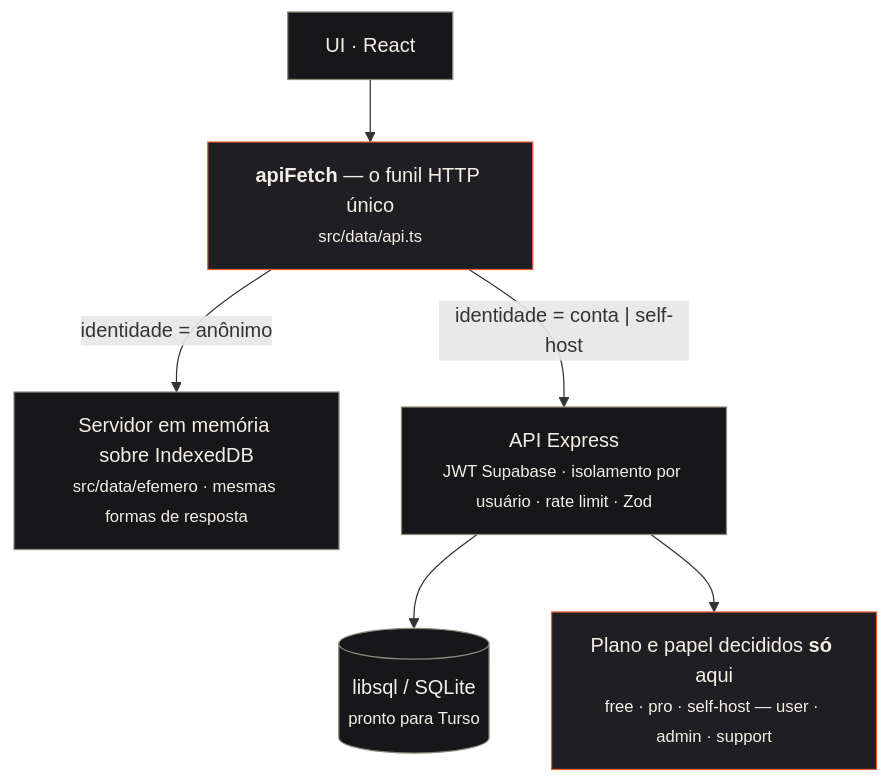
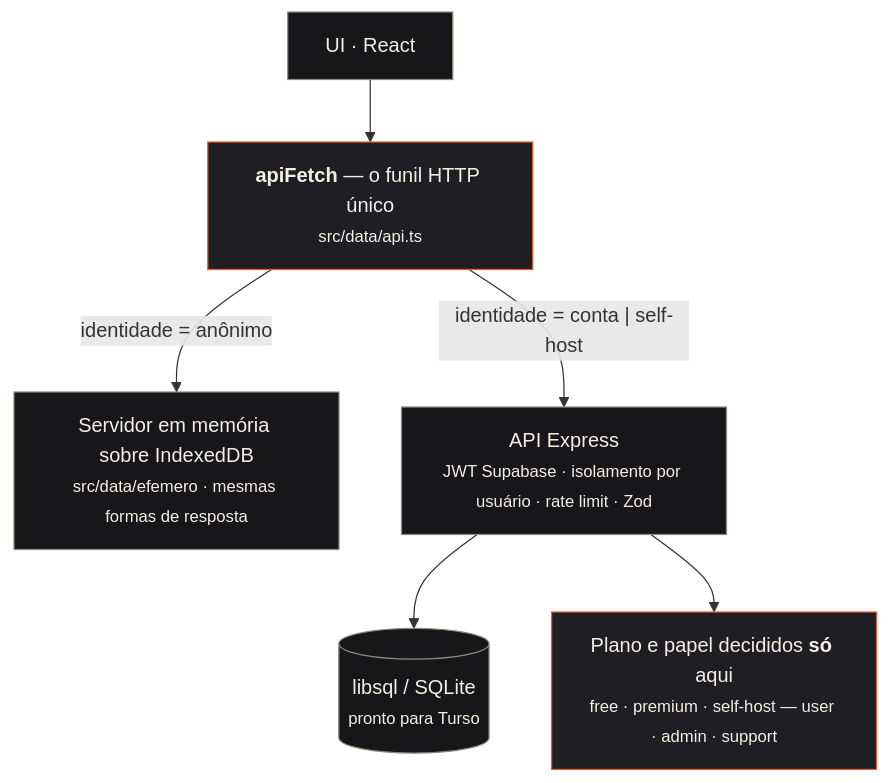
Before and after one commit to GuilhermeLVL/babel-play: the second of 2 diagrams in README.pt-BR.md, drawn with Mermaid. The commit also changed other lines of this file and 44 other files, not shown here.

````diff
--- a/README.pt-BR.md
+++ b/README.pt-BR.md
@@ -87,11 +87,11 @@
 ```mermaid
 flowchart TB
     classDef c fill:#17171a,stroke:#8f887c,color:#f4efe6
     classDef s fill:#1f1f23,stroke:#e85d36,color:#f4efe6
 
     UI["UI · React"]:::c --> F["<b>apiFetch</b> — o funil HTTP único<br/><small>src/data/api.ts</small>"]:::s
     F -->|"identidade = anônimo"| E["Servidor em memória sobre IndexedDB<br/><small>src/data/efemero · mesmas formas de resposta</small>"]:::c
     F -->|"identidade = conta | self-host"| API["API Express<br/><small>JWT Supabase · isolamento por usuário · rate limit · Zod</small>"]:::c
     API --> DB[("libsql / SQLite<br/><small>pronto para Turso</small>")]:::c
-    API --> PLAN["Plano e papel decididos <b>só</b> aqui<br/><small>free · pro · self-host — user · admin · support</small>"]:::s
+    API --> PLAN["Plano e papel decididos <b>só</b> aqui<br/><small>free · premium · self-host — user · admin · support</small>"]:::s
 ```
````
